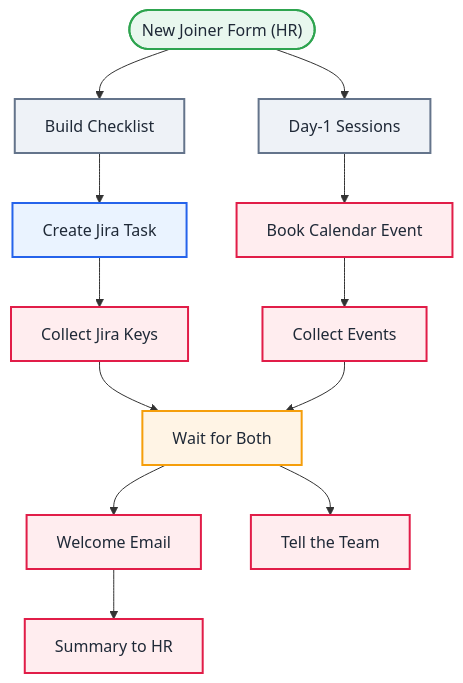
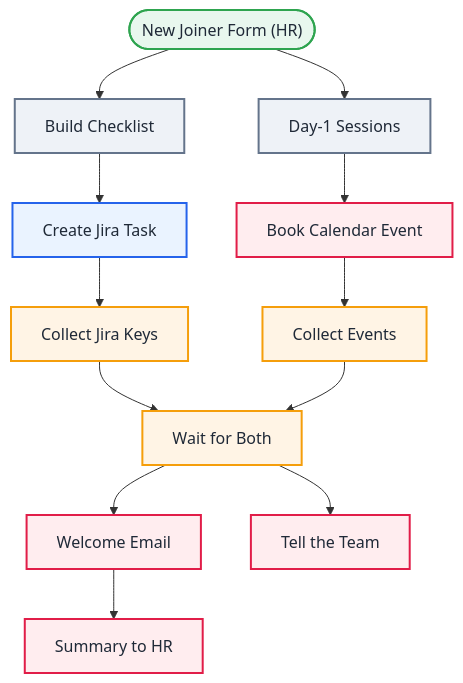
Before and after one commit to callme-siva/n8n-knowledge: the diagram in workflows/P07-employee-onboarding-orchestrator/README.md, drawn with Mermaid. The commit also changed 27 other files, not shown here.

````diff
--- a/workflows/P07-employee-onboarding-orchestrator/README.md
+++ b/workflows/P07-employee-onboarding-orchestrator/README.md
@@ -24,33 +24,33 @@
 ```mermaid
 flowchart TB
   n0(["New Joiner Form (HR)"]):::trigger
   n1["Build Checklist"]:::code
   n2["Create Jira Task"]:::data
-  n3["Collect Jira Keys"]:::msg
+  n3["Collect Jira Keys"]:::logic
   n4["Day-1 Sessions"]:::code
   n5["Book Calendar Event"]:::msg
-  n6["Collect Events"]:::msg
+  n6["Collect Events"]:::logic
   n7["Wait for Both"]:::logic
   n8["Welcome Email"]:::msg
   n9["Tell the Team"]:::msg
   n10["Summary to HR"]:::msg
   n0 --> n1
   n0 --> n4
   n1 --> n2
   n2 --> n3
   n4 --> n5
   n5 --> n6
   n3 --> n7
   n6 --> n7
   n7 --> n8
   n7 --> n9
   n8 --> n10
   classDef trigger fill:#E8F7EE,stroke:#2EA44F,stroke-width:2px,color:#1F2937
   classDef ai fill:#F1EBFF,stroke:#7C3AED,stroke-width:2px,color:#1F2937
   classDef sub fill:#F7F3FF,stroke:#A78BFA,stroke-width:2px,color:#1F2937
   classDef logic fill:#FFF4E5,stroke:#F59E0B,stroke-width:2px,color:#1F2937
   classDef code fill:#EEF2F7,stroke:#64748B,stroke-width:2px,color:#1F2937
   classDef data fill:#EAF3FF,stroke:#2563EB,stroke-width:2px,color:#1F2937
   classDef http fill:#E6FAF8,stroke:#0D9488,stroke-width:2px,color:#1F2937
   classDef msg fill:#FFEDEF,stroke:#E11D48,stroke-width:2px,color:#1F2937
 ```
````
